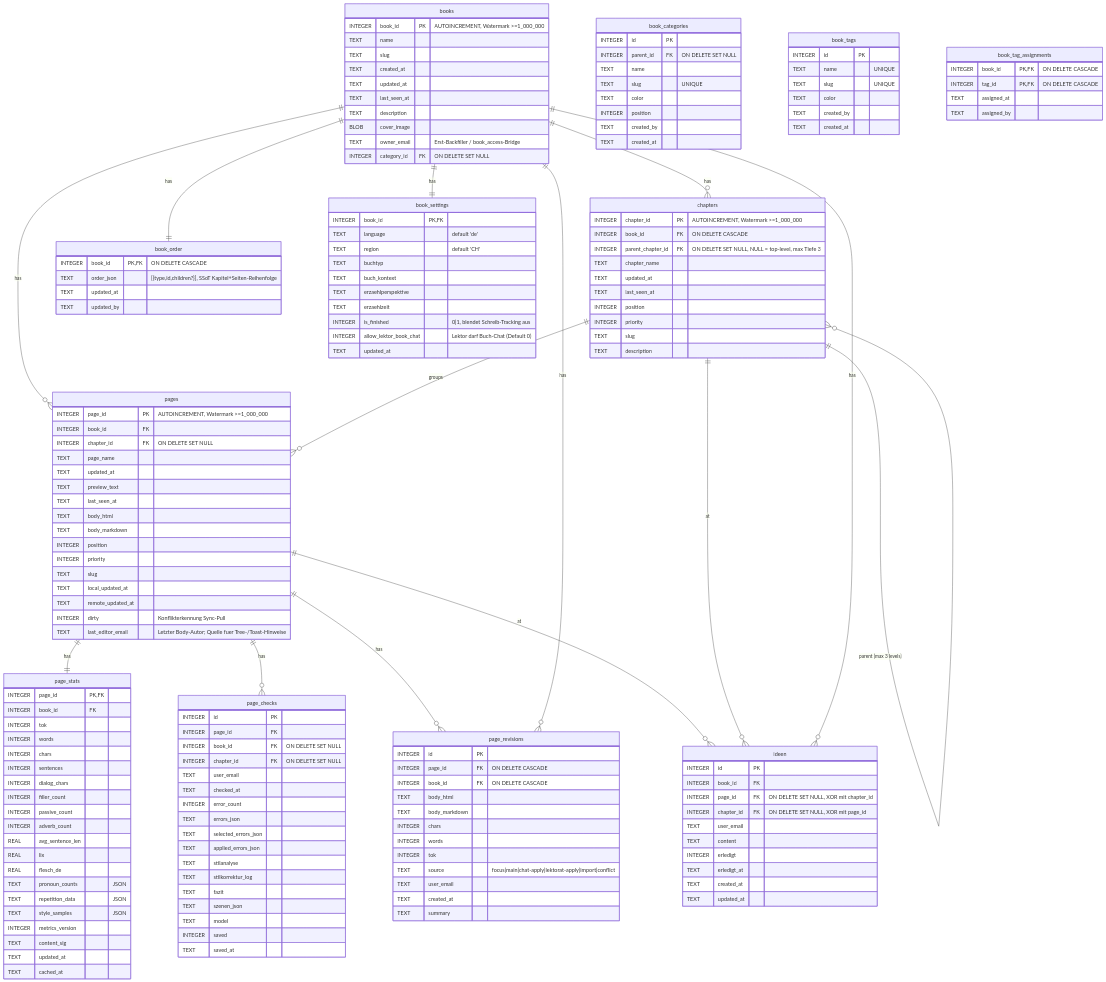
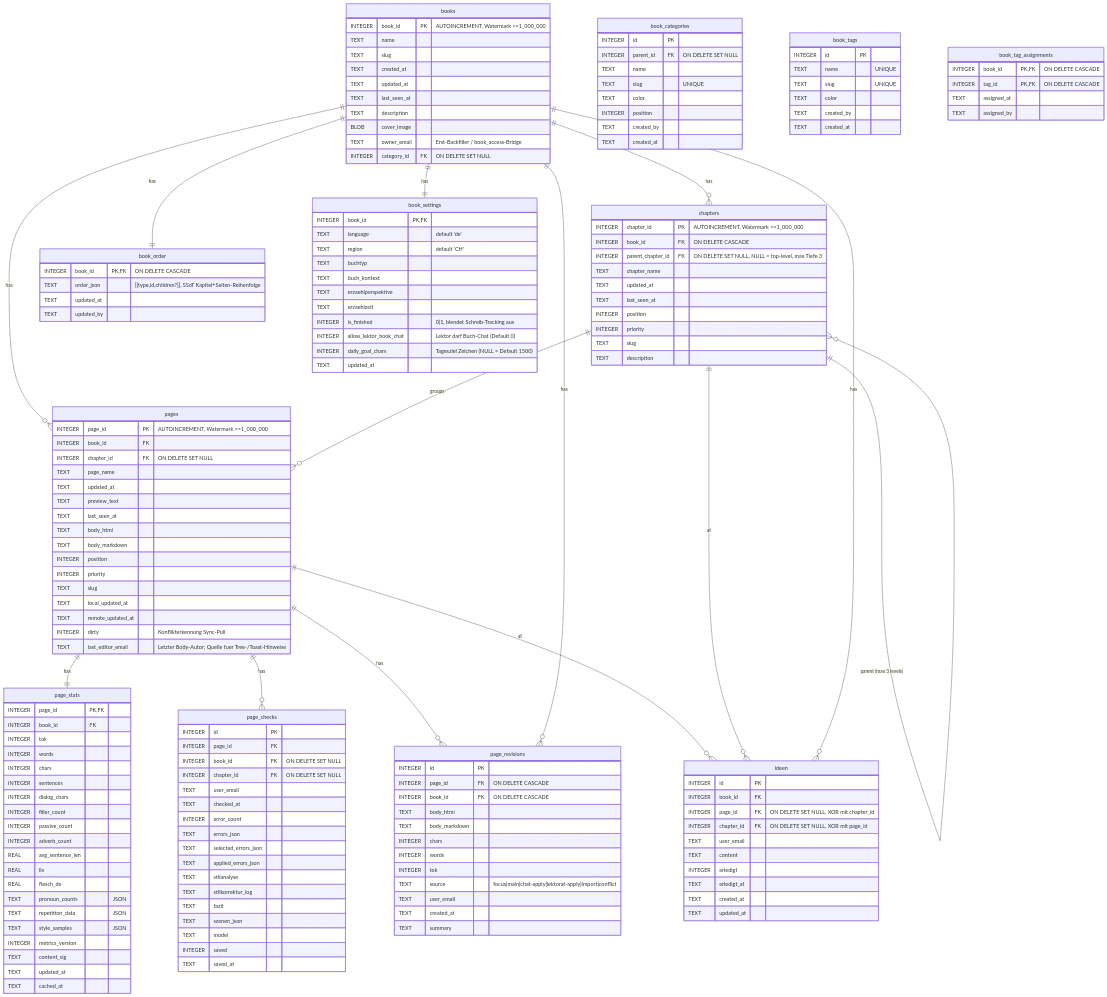
One commit to bedeberger/schreibwerkstatt changed the second of 6 diagrams in docs/erd.md. Above: the diagram before and after it, drawn with Mermaid. The commit also changed other lines of this file and 27 other files, not shown here.

```diff
--- a/docs/erd.md
+++ b/docs/erd.md
@@ -294,6 +294,7 @@
     TEXT    erzaehlzeit
     INTEGER is_finished              "0|1, blendet Schreib-Tracking aus"
     INTEGER allow_lektor_book_chat   "Lektor darf Buch-Chat (Default 0)"
+    INTEGER daily_goal_chars         "Tagesziel Zeichen (NULL = Default 1500)"
     TEXT    updated_at
   }
 
```
